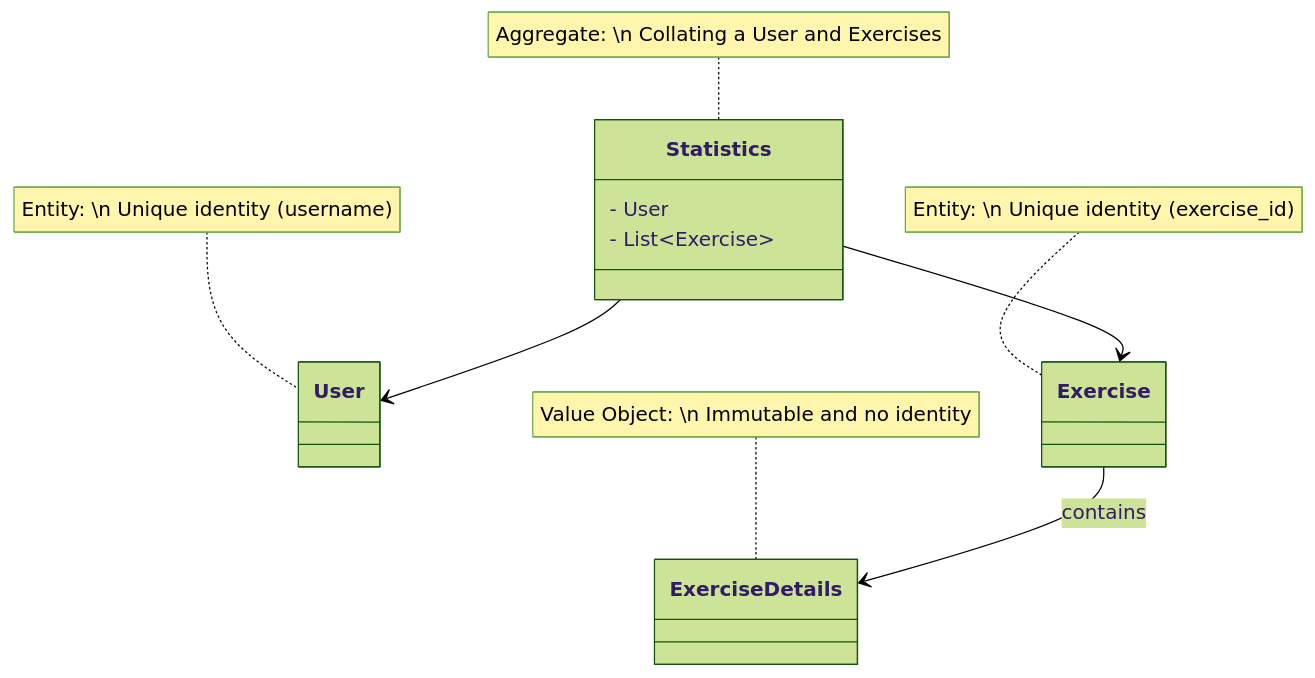
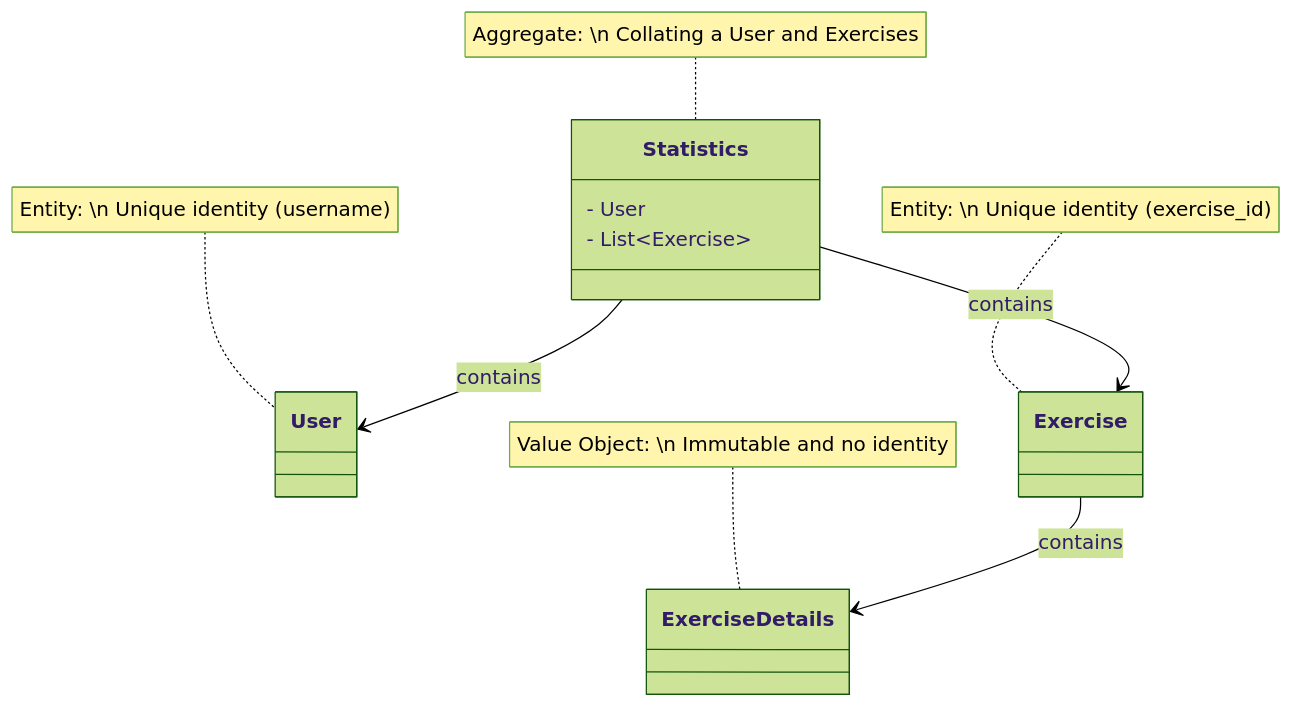
The diagram in analytics_v2/README.md (juliaranne/cfg-v2), drawn with Mermaid (forest theme) before and after one commit.

Commit message:
Correcting diagram

````diff
--- a/analytics_v2/README.md
+++ b/analytics_v2/README.md
@@ -4,25 +4,25 @@
 ```mermaid
 classDiagram
     class Statistics {
         - User 
         - List~Exercise~
     }
 
     class User 
 
     class Exercise 
     
     class ExerciseDetails 
 
 
-    Statistics --> User : 
-    Statistics --> Exercise : 
+    Statistics --> User : contains
+    Statistics --> Exercise : contains
     Exercise --> ExerciseDetails : contains 
 
     %% Key for DDD Components
     note for User "Entity: \n Unique identity (username)"
     note for Exercise "Entity: \n Unique identity (exercise_id)"
     note for ExerciseDetails "Value Object: \n Immutable and no identity"
     note for Statistics "Aggregate: \n Collating a User and Exercises"
 
 ```
````
